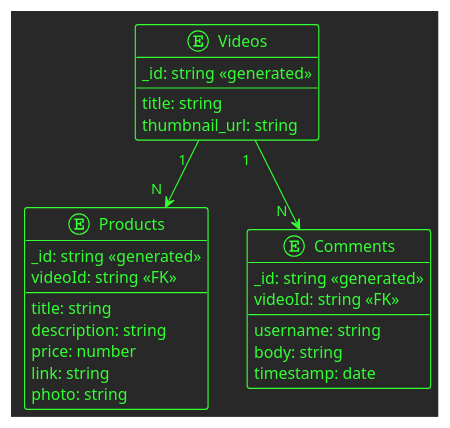
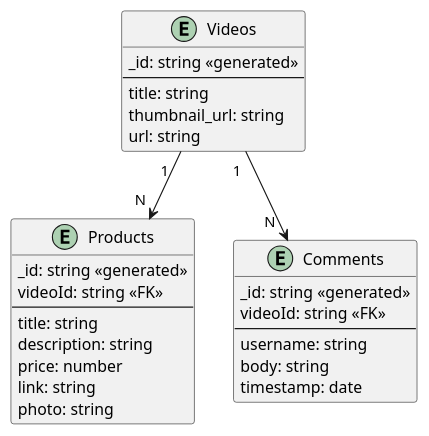
Before and after one commit to Galangaidil/tokopedia-play: the diagram in backend/docs/database-schema.puml, drawn with PlantUML.

Commit message:
Update entity videos

```diff
--- a/backend/docs/database-schema.puml
+++ b/backend/docs/database-schema.puml
@@ -1,33 +1,34 @@
-@startuml
-!theme crt-green
+@startuml database_diagram
+
 entity "Videos" as Videos {
     _id: string <<generated>>
     ---
     title: string
     thumbnail_url: string
+    url: string
 }
 
 entity "Products" as Products {
     _id: string <<generated>>
     videoId: string <<FK>>
     ---
     title: string
     description: string
     price: number
     link: string
     photo: string
 }
 
 entity "Comments" as Comments {
     _id: string <<generated>>
     videoId: string <<FK>>
     ---
     username: string
     body: string
     timestamp: date
 }
 
 Videos "1  "--> "N  " Products
 Videos "1  "--> "N  " Comments
 
 @enduml
```
